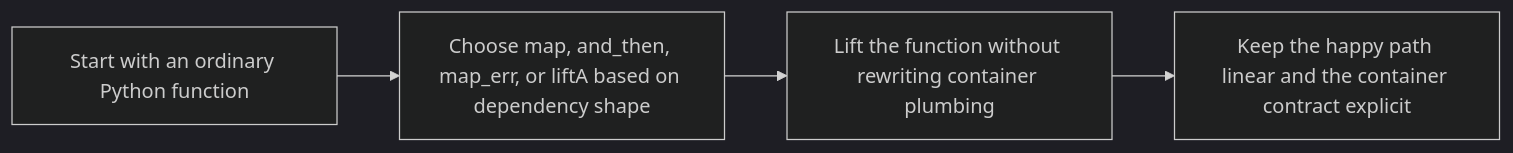
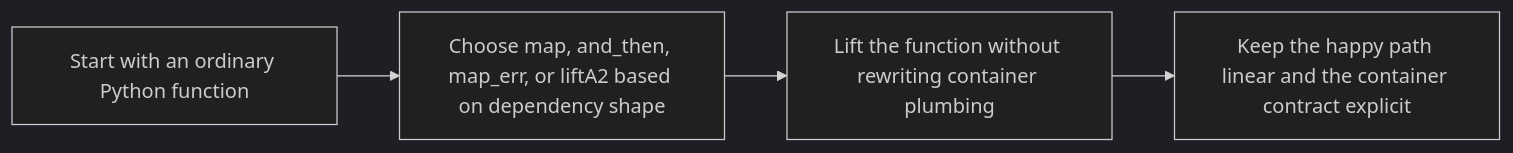
One commit to bijux/bijux-masterclass changed the diagram in programs/python-programming/python-functional-programming/course-book/module-06-monadic-flow-explicit-context/lifting-plain-functions.md. Above: the diagram before and after it, drawn with Mermaid (dark theme). The commit also changed other lines of this file, not shown here.

Commit message:
docs(functional-programming): separate sequential and lifted flow

````diff
--- a/programs/python-programming/python-functional-programming/course-book/module-06-monadic-flow-explicit-context/lifting-plain-functions.md
+++ b/programs/python-programming/python-functional-programming/course-book/module-06-monadic-flow-explicit-context/lifting-plain-functions.md
@@ -7,6 +7,6 @@
 ```mermaid
 flowchart LR
-  plain["Start with an ordinary Python function"] --> choose["Choose map, and_then, map_err, or liftA based on dependency shape"]
+  plain["Start with an ordinary Python function"] --> choose["Choose map, and_then, map_err, or liftA2 based on dependency shape"]
   choose --> lift["Lift the function without rewriting container plumbing"]
   lift --> read["Keep the happy path linear and the container contract explicit"]
 ```
````
